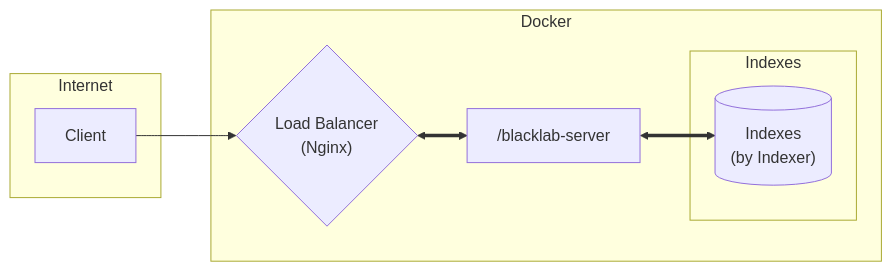
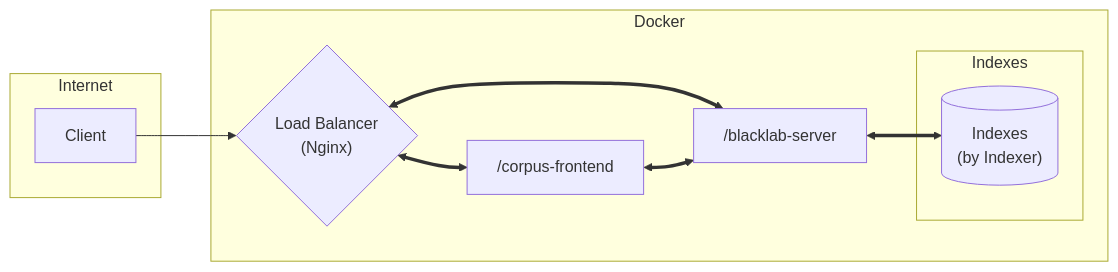
Before and after one commit to PTT-Corpus/blacklab-demo: the diagram in README.md, drawn with Mermaid. The commit also changed other lines of this file, not shown here.

````diff
--- a/README.md
+++ b/README.md
@@ -7,21 +11,25 @@
 ```mermaid
 flowchart LR
 subgraph Internet
     D[Client]
 end
 
 subgraph DOCKER [Docker]
 
   D --> N{"Load Balancer <br/> (Nginx)"}
 
+  N <==> B["/corpus-frontend"]
   N <==> C["/blacklab-server"]
 
+
   C <==> I
+  B <==> C
+
 
   subgraph Indexes
         I[("<div style='padding: 0rem 0.5rem;'>Indexes  <br/>(by Indexer)</div>  ")]
   end
 
 
 end
 ```
````
